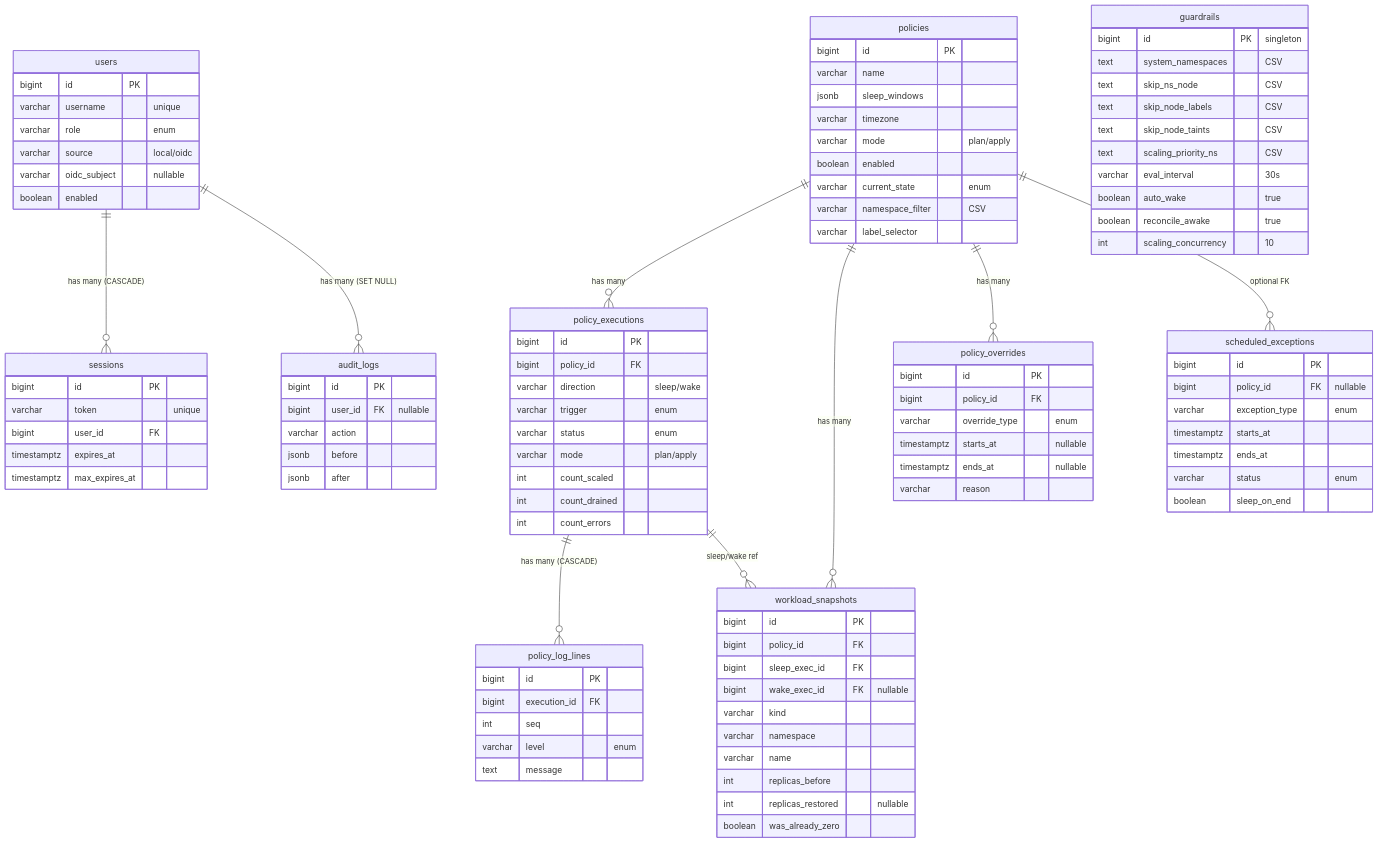
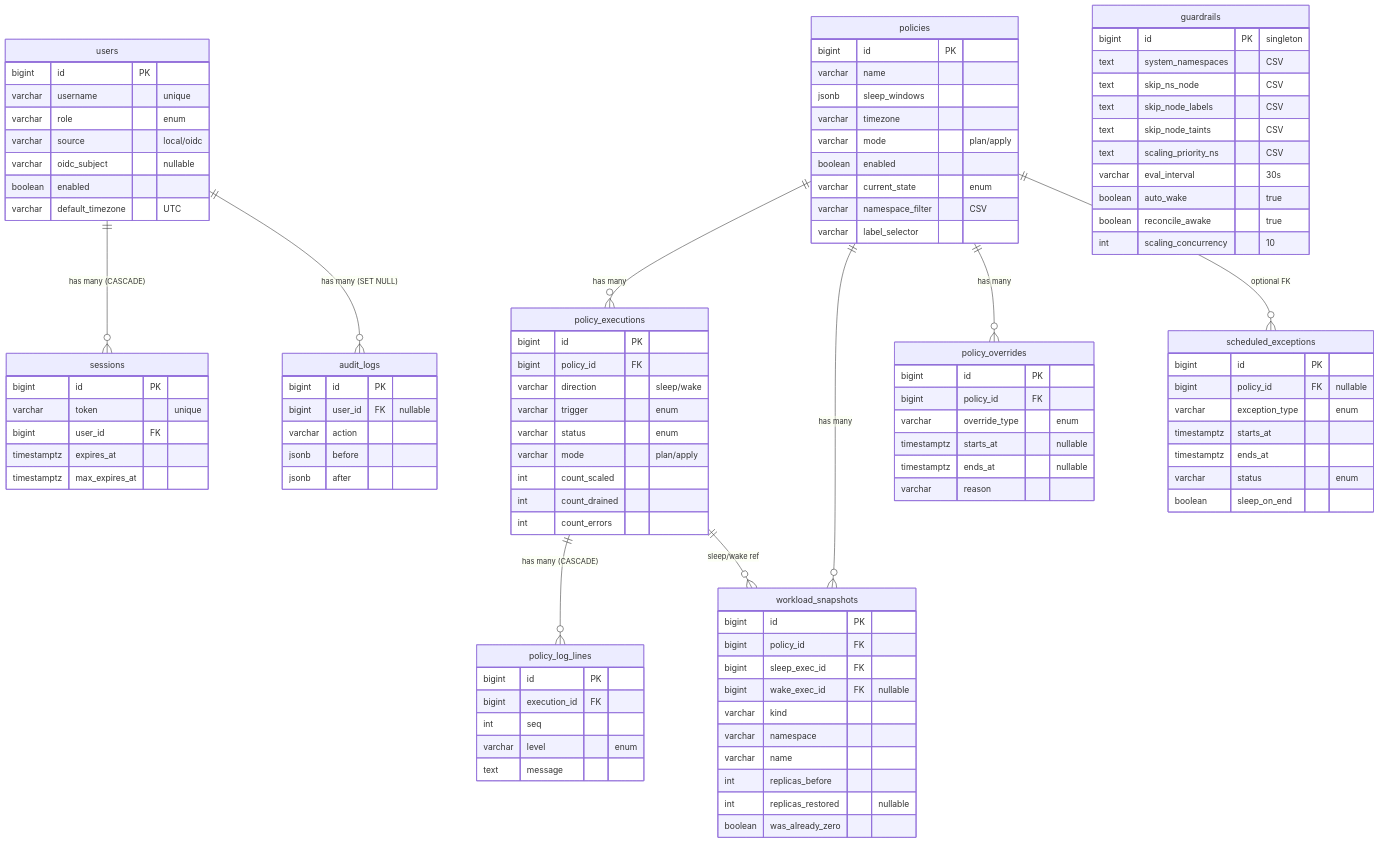
The second of 2 diagrams in ARCHITECTURE.md (MacXsimilian/kube-phoenix), drawn with Mermaid before and after one commit. The commit also changed other lines of this file and 7 other files, not shown here.

```diff
--- a/ARCHITECTURE.md
+++ b/ARCHITECTURE.md
@@ -254,6 +254,7 @@
         varchar source "local/oidc"
         varchar oidc_subject "nullable"
         boolean enabled
+        varchar default_timezone "UTC"
     }
 
     policies {
```
